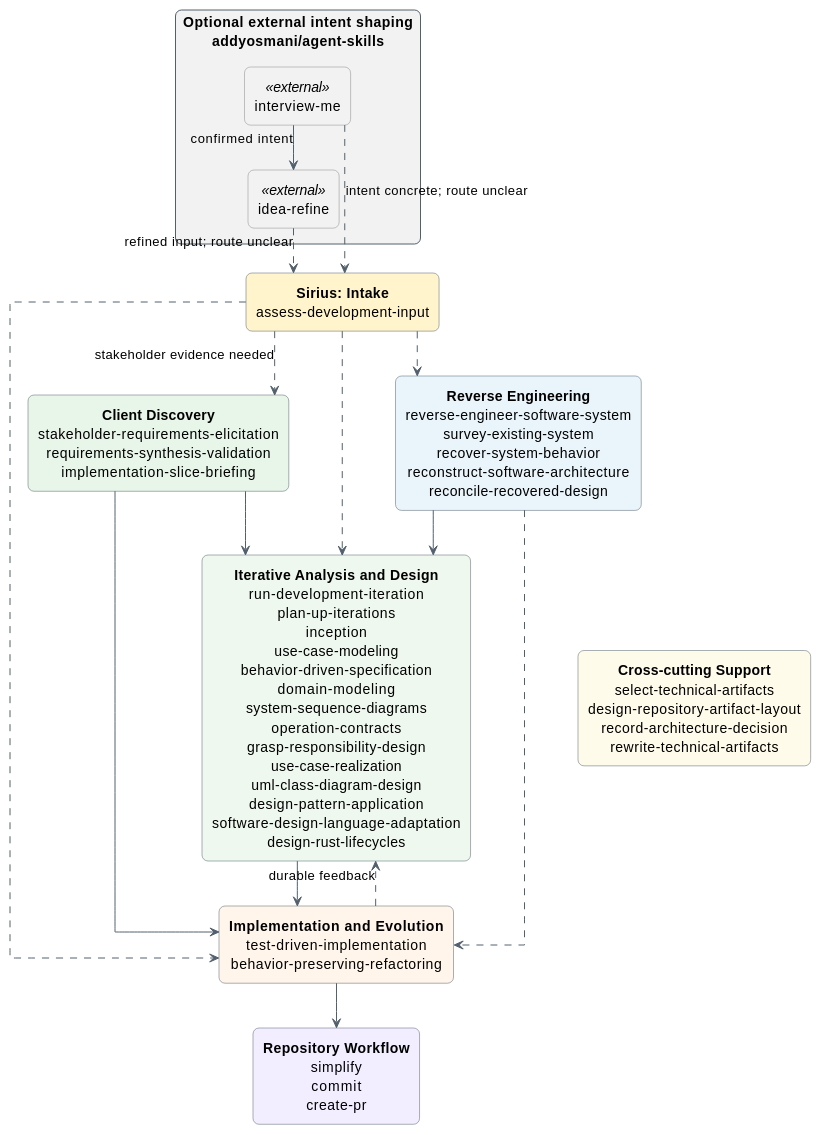
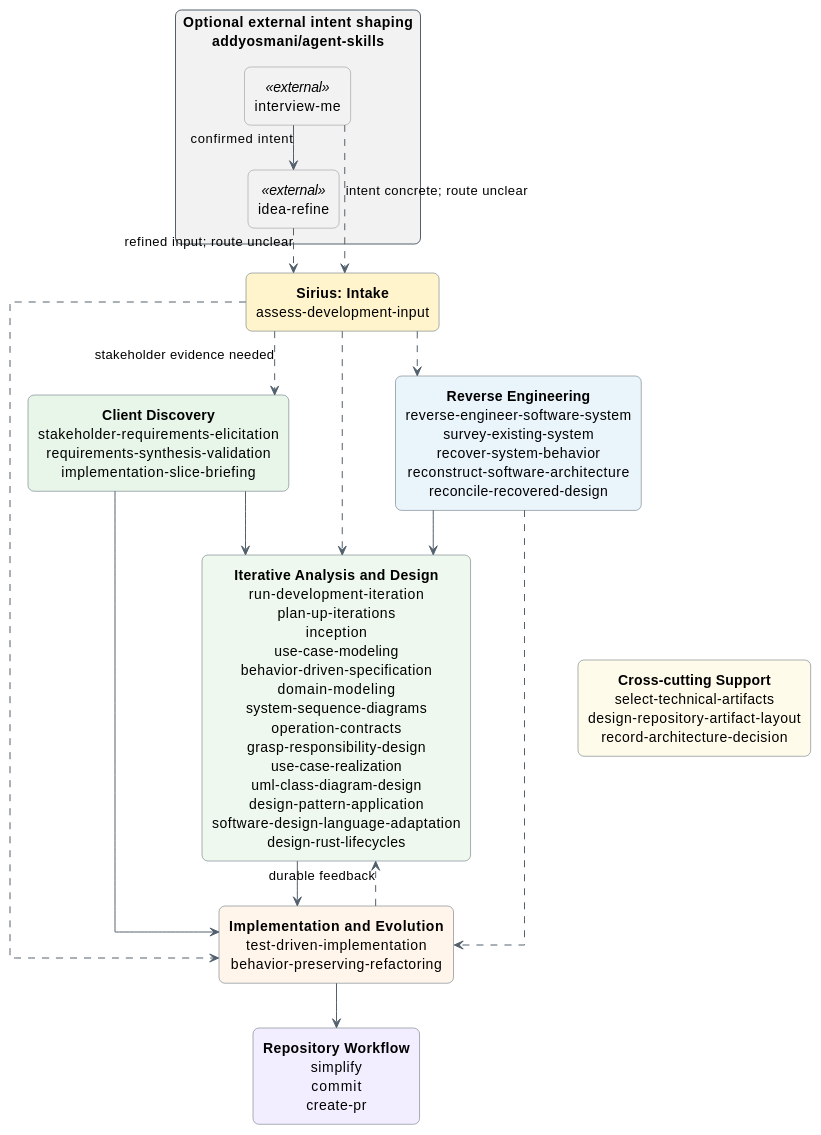
Before and after one commit to sirius-cc-wu/sirius-skills: the first of 5 diagrams in catalog/skill-relationships.md, drawn with PlantUML. The commit also changed other lines of this file and 46 other files, not shown here.

````diff
--- a/catalog/skill-relationships.md
+++ b/catalog/skill-relationships.md
@@ -15,62 +15,62 @@
 ```plantuml
 @startuml sirius-skills-birds-eye
 top to bottom direction
 
 skinparam backgroundColor #FFFFFF
 skinparam shadowing false
 skinparam packageStyle rectangle
 skinparam linetype ortho
 skinparam defaultFontName Arial
 skinparam defaultTextAlignment center
 skinparam ArrowColor #52606D
 skinparam nodesep 35
 skinparam ranksep 45
 skinparam rectangle {
   BackgroundColor #FFFFFF
   BorderColor #52606D
   RoundCorner 12
 }
 skinparam rectangle<<external>> {
   BackgroundColor #F2F2F2
   BorderColor #888888
 }
 
 package "Optional external intent shaping\naddyosmani/agent-skills" as addy #F2F2F2 {
   rectangle "interview-me" as addyInterview <<external>>
   rectangle "idea-refine" as addyIdea <<external>>
 }
 
 rectangle "**Sirius: Intake**\nassess-development-input" as assess #FFF4CC
 
 rectangle "**Client Discovery**\nstakeholder-requirements-elicitation\nrequirements-synthesis-validation\nimplementation-slice-briefing" as discovery #E8F5E9
 
 rectangle "**Reverse Engineering**\nreverse-engineer-software-system\nsurvey-existing-system\nrecover-system-behavior\nreconstruct-software-architecture\nreconcile-recovered-design" as reverse #EAF4FB
 
 rectangle "**Iterative Analysis and Design**\nrun-development-iteration\nplan-up-iterations\ninception\nuse-case-modeling\nbehavior-driven-specification\ndomain-modeling\nsystem-sequence-diagrams\noperation-contracts\ngrasp-responsibility-design\nuse-case-realization\numl-class-diagram-design\ndesign-pattern-application\nsoftware-design-language-adaptation\ndesign-rust-lifecycles" as design #EEF8EE
 
 rectangle "**Implementation and Evolution**\ntest-driven-implementation\nbehavior-preserving-refactoring" as implementation #FFF5EA
 
 rectangle "**Repository Workflow**\nsimplify\ncommit\ncreate-pr" as repository #F3EEFF
 
-rectangle "**Cross-cutting Support**\nselect-technical-artifacts\ndesign-repository-artifact-layout\nrecord-architecture-decision\nrewrite-technical-artifacts" as support #FFFBEA
+rectangle "**Cross-cutting Support**\nselect-technical-artifacts\ndesign-repository-artifact-layout\nrecord-architecture-decision" as support #FFFBEA
 
 assess -[hidden]right-> discovery
 discovery -[hidden]right-> reverse
 design -[hidden]right-> support
 
 addyInterview --> addyIdea : confirmed intent
 addyIdea ..> assess : refined input; route unclear
 addyInterview ..> assess : intent concrete; route unclear
 assess ..> discovery : stakeholder evidence needed
 assess ..> reverse
 assess ..> design
 assess ..> implementation
 discovery --> design
 discovery --> implementation
 reverse --> design
 reverse ..> implementation
 design --> implementation
 implementation ..> design : durable feedback
 implementation --> repository
 @enduml
 ```
````
